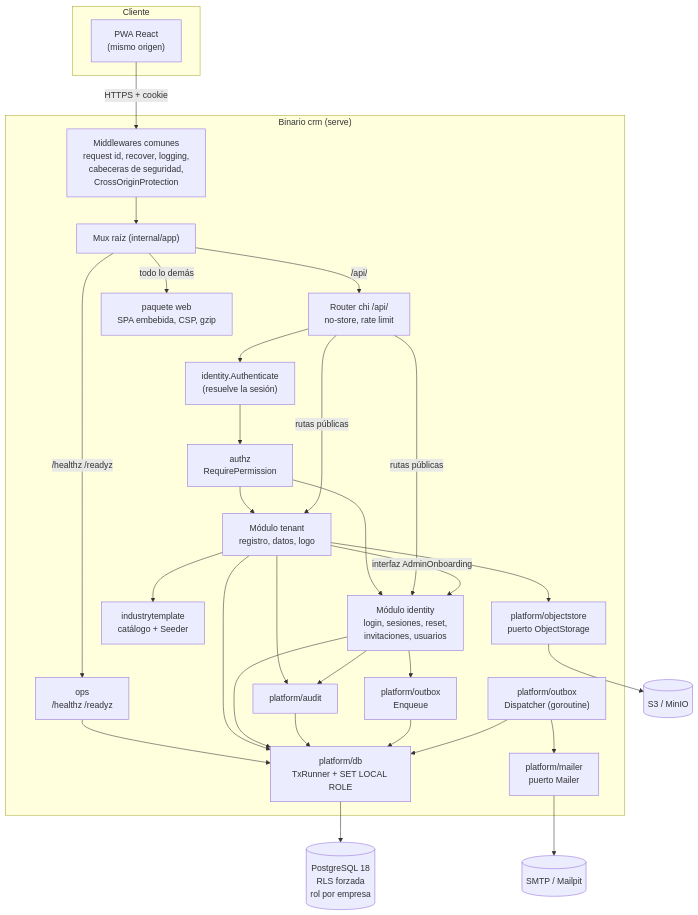
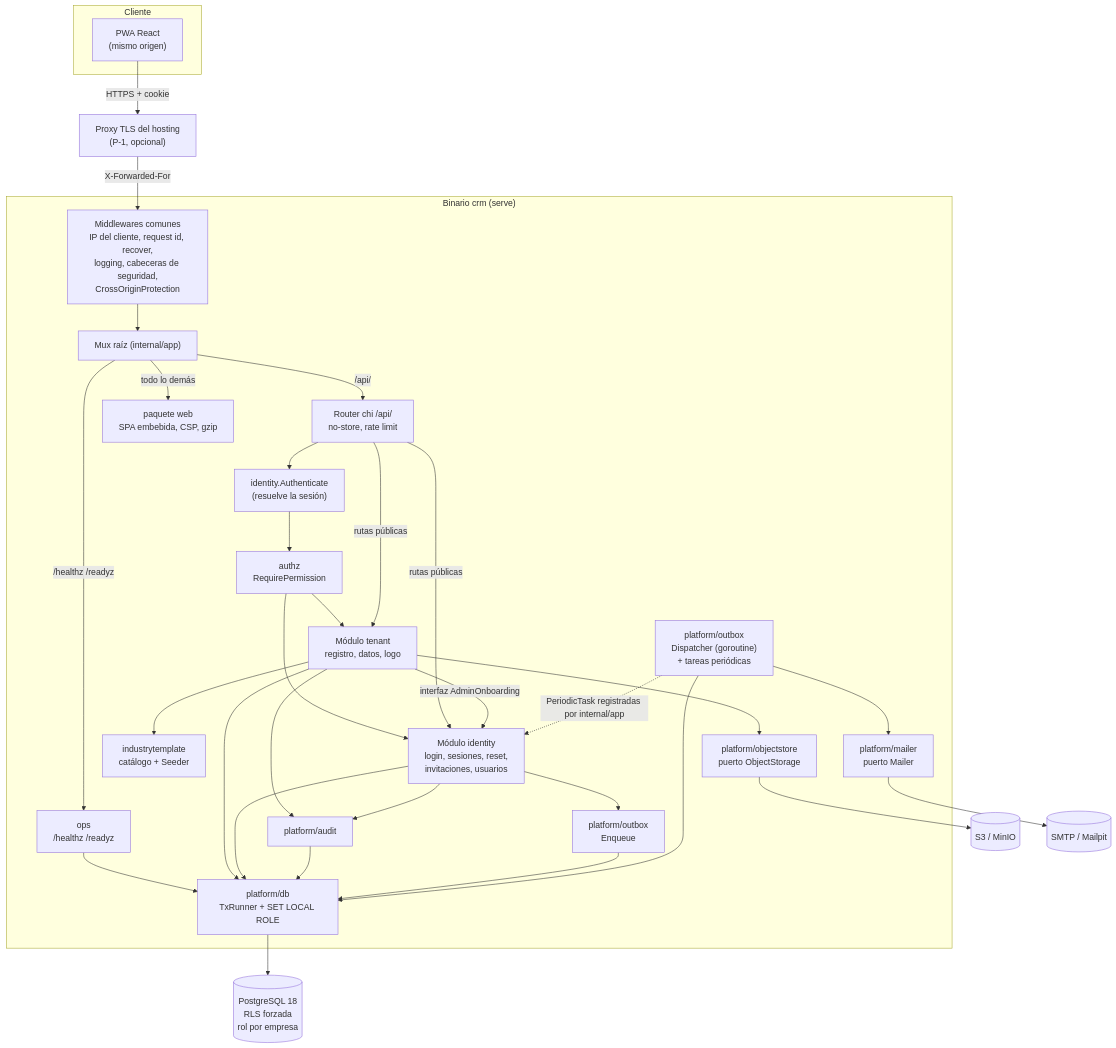
The first of 11 diagrams in specs/001-empresas-usuarios/plan.md (fdelillo/crm), drawn with Mermaid before and after one commit. The commit also changed other lines of this file and 5 other files, not shown here.

````diff
--- a/specs/001-empresas-usuarios/plan.md
+++ b/specs/001-empresas-usuarios/plan.md
@@ -110,56 +117,59 @@
 ```mermaid
 graph TB
     subgraph Cliente
         SPA["PWA React<br/>(mismo origen)"]
     end
 
     subgraph Binario["Binario crm (serve)"]
-        MW["Middlewares comunes<br/>request id, recover, logging,<br/>cabeceras de seguridad,<br/>CrossOriginProtection"]
+        MW["Middlewares comunes<br/>IP del cliente, request id, recover,<br/>logging, cabeceras de seguridad,<br/>CrossOriginProtection"]
         ROOT["Mux raíz (internal/app)"]
         API["Router chi /api/<br/>no-store, rate limit"]
         OPS["ops<br/>/healthz /readyz"]
         WEB["paquete web<br/>SPA embebida, CSP, gzip"]
         AUTHN["identity.Authenticate<br/>(resuelve la sesión)"]
         AUTHZ["authz<br/>RequirePermission"]
         TEN["Módulo tenant<br/>registro, datos, logo"]
         IDN["Módulo identity<br/>login, sesiones, reset,<br/>invitaciones, usuarios"]
         TPL["industrytemplate<br/>catálogo + Seeder"]
         AUD["platform/audit"]
         OBX["platform/outbox<br/>Enqueue"]
-        WRK["platform/outbox<br/>Dispatcher (goroutine)"]
+        WRK["platform/outbox<br/>Dispatcher (goroutine)<br/>+ tareas periódicas"]
         DBP["platform/db<br/>TxRunner + SET LOCAL ROLE"]
         MAIL["platform/mailer<br/>puerto Mailer"]
         OBJ["platform/objectstore<br/>puerto ObjectStorage"]
     end
 
+    PROXY["Proxy TLS del hosting<br/>(P-1, opcional)"]
     PG[("PostgreSQL 18<br/>RLS forzada<br/>rol por empresa")]
     S3[("S3 / MinIO")]
     SMTP[("SMTP / Mailpit")]
 
-    SPA -->|"HTTPS + cookie"| MW
+    SPA -->|"HTTPS + cookie"| PROXY
+    PROXY -->|"X-Forwarded-For"| MW
     MW --> ROOT
     ROOT -->|"/api/"| API
     ROOT -->|"/healthz /readyz"| OPS
     ROOT -->|"todo lo demás"| WEB
     API --> AUTHN --> AUTHZ
     AUTHZ --> TEN
     AUTHZ --> IDN
     API -->|"rutas públicas"| TEN
     API -->|"rutas públicas"| IDN
     OPS --> DBP
     TEN -->|"interfaz AdminOnboarding"| IDN
     TEN --> TPL
     TEN --> OBJ
     TEN --> AUD
     IDN --> AUD
     IDN --> OBX
     TEN --> DBP
     IDN --> DBP
     AUD --> DBP
     OBX --> DBP
     WRK --> DBP
     WRK --> MAIL
+    WRK -.->|"PeriodicTask registradas por internal/app"| IDN
     DBP --> PG
     OBJ --> S3
     MAIL --> SMTP
 ```
````
